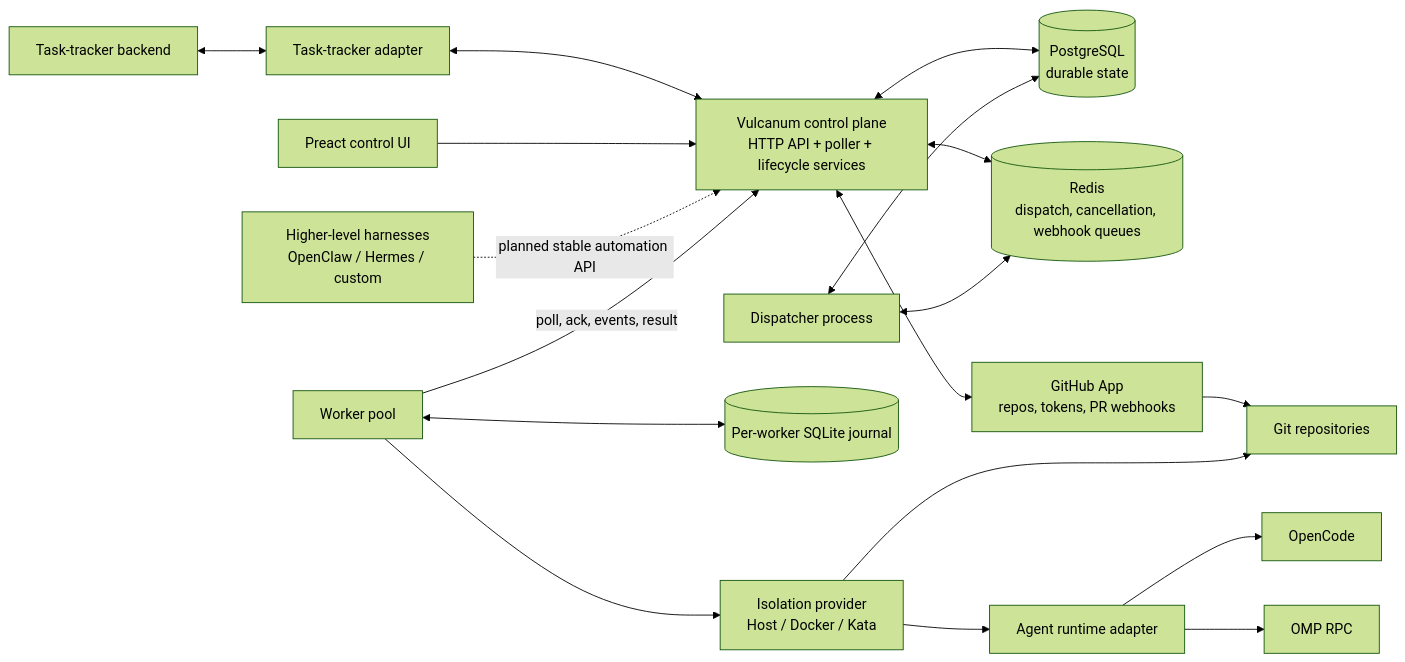
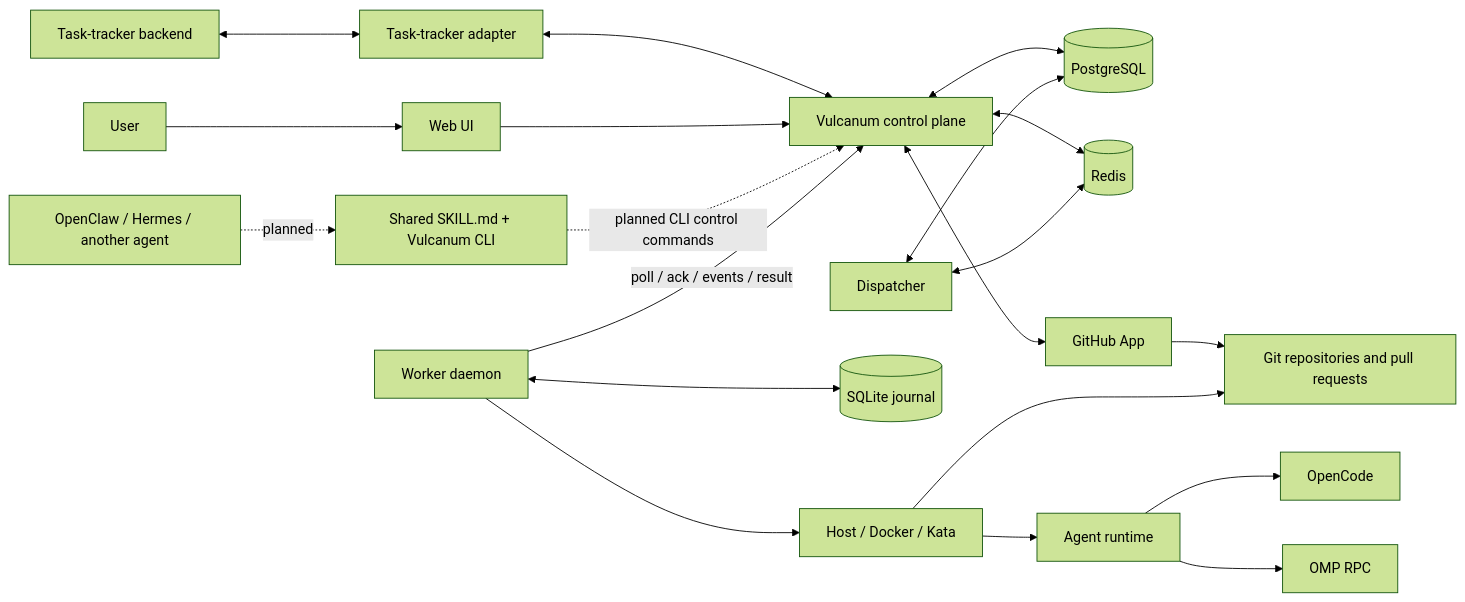
Before and after one commit to EzyGang/vulcanum: the diagram in README.md, drawn with Mermaid (forest theme). The commit also changed other lines of this file and 1 other file, not shown here.

````diff
--- a/README.md
+++ b/README.md
@@ -84,24 +143,27 @@
 ```mermaid
 flowchart LR
   tracker[Task-tracker backend] <--> tracker_adapter[Task-tracker adapter]
-  tracker_adapter <--> control[Vulcanum control plane\nHTTP API + poller + lifecycle services]
+  tracker_adapter <--> server[Vulcanum control plane]
 
-  ui[Preact control UI] --> control
-  higher[Higher-level harnesses\nOpenClaw / Hermes / custom] -. planned stable automation API .-> control
+  user[User] --> ui[Web UI]
+  ui --> server
 
-  control <--> postgres[(PostgreSQL\ndurable state)]
-  control <--> redis[(Redis\ndispatch, cancellation, webhook queues)]
-  dispatcher[Dispatcher process] <--> postgres
+  harness[OpenClaw / Hermes / another agent] -. planned .-> skill[Shared SKILL.md + Vulcanum CLI]
+  skill -. planned CLI control commands .-> server
+
+  server <--> postgres[(PostgreSQL)]
+  server <--> redis[(Redis)]
+  dispatcher[Dispatcher] <--> postgres
   dispatcher <--> redis
 
-  workers[Worker pool] -->|poll, ack, events, result| control
-  workers <--> journal[(Per-worker SQLite journal)]
-  workers --> isolation[Isolation provider\nHost / Docker / Kata]
-  isolation --> runtime[Agent runtime adapter]
+  worker[Worker daemon] -->|poll / ack / events / result| server
+  worker <--> journal[(SQLite journal)]
+  worker --> isolation[Host / Docker / Kata]
+  isolation --> runtime[Agent runtime]
   runtime --> opencode[OpenCode]
   runtime --> omp[OMP RPC]
 
-  control <--> github[GitHub App\nrepos, tokens, PR webhooks]
-  github --> repos[Git repositories]
+  server <--> github[GitHub App]
+  github --> repos[Git repositories and pull requests]
   isolation --> repos
 ```
````
